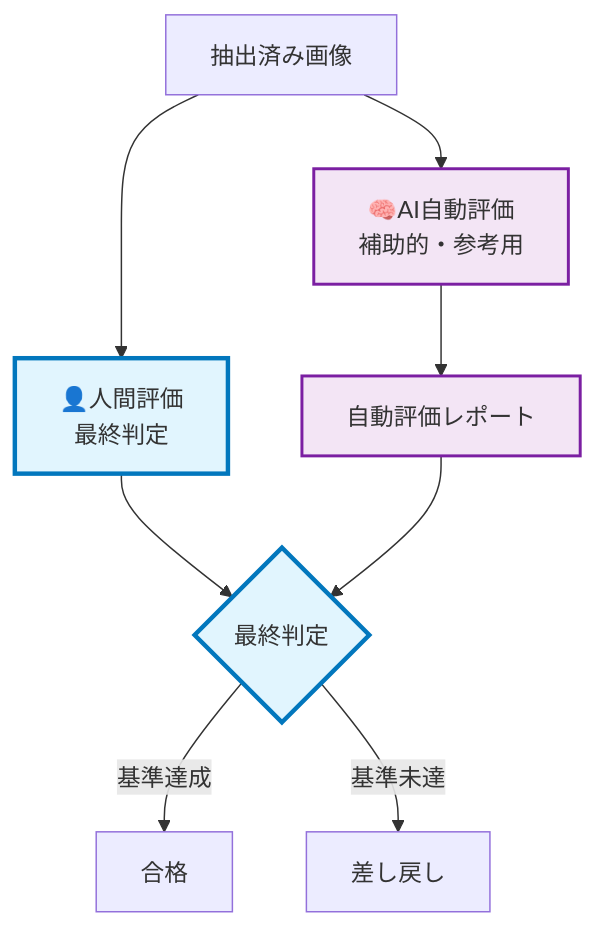
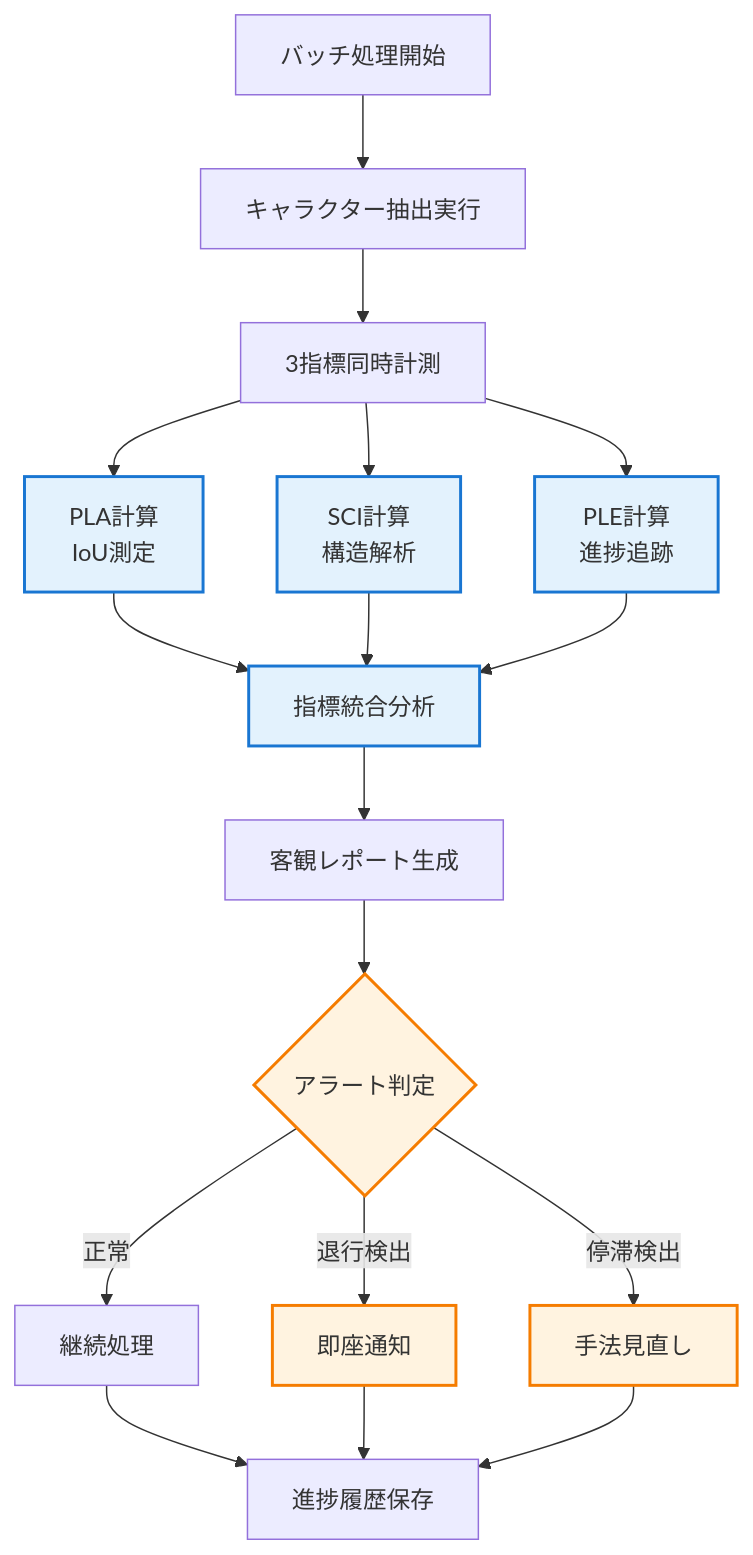
The second of 2 diagrams in docs/workflows/automated_evaluation_framework.md (miyashita337/segment-anything), drawn with Mermaid before and after one commit. The commit also changed other lines of this file and 198 other files, not shown here.

````diff
--- a/docs/workflows/automated_evaluation_framework.md
+++ b/docs/workflows/automated_evaluation_framework.md
@@ -16,15 +94,29 @@
 ```mermaid
 flowchart TB
-    Images[抽出済み画像] --> Auto[🧠AI自動評価<br/>補助的・参考用]
-    Images --> Human[👤人間評価<br/>最終判定]
-    Auto --> Report[自動評価レポート]
-    Human --> Decision{最終判定}
-    Report --> Decision
-    Decision -->|基準達成| Pass[合格]
-    Decision -->|基準未達| Fail[差し戻し]
+    Start[バッチ処理開始] --> Extract[キャラクター抽出実行]
+    Extract --> Measure[3指標同時計測]
     
-    classDef primary fill:#e1f5fe,stroke:#0277bd,stroke-width:3px
-    classDef secondary fill:#f3e5f5,stroke:#7b1fa2,stroke-width:2px
-    class Human,Decision primary
-    class Auto,Report secondary
+    Measure --> PLA[PLA計算<br/>IoU測定]
+    Measure --> SCI[SCI計算<br/>構造解析]
+    Measure --> PLE[PLE計算<br/>進捗追跡]
+    
+    PLA --> Integrate[指標統合分析]
+    SCI --> Integrate
+    PLE --> Integrate
+    
+    Integrate --> Report[客観レポート生成]
+    Report --> Alert{アラート判定}
+    
+    Alert -->|正常| Continue[継続処理]
+    Alert -->|退行検出| Notify[即座通知]
+    Alert -->|停滞検出| Review[手法見直し]
+    
+    Continue --> Archive[進捗履歴保存]
+    Notify --> Archive
+    Review --> Archive
+    
+    classDef objective fill:#e3f2fd,stroke:#1976d2,stroke-width:2px
+    classDef alert fill:#fff3e0,stroke:#f57c00,stroke-width:2px
+    class PLA,SCI,PLE,Integrate objective
+    class Alert,Notify,Review alert
 ```
````
